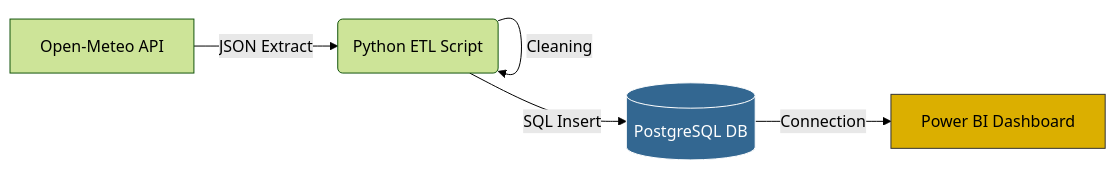
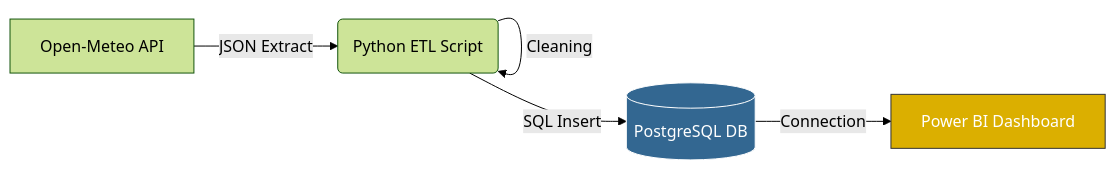
One commit to zarathmgd/Weather_Data_Pipeline changed the diagram in README.md. Above: the diagram before and after it, drawn with Mermaid (forest theme).

Commit message:
Update style attributes for Power BI Dashboard

````diff
--- a/README.md
+++ b/README.md
@@ -32,10 +32,10 @@
 ```mermaid
 graph LR
     A[Open-Meteo API] -->|JSON Extract| B(Python ETL Script)
     B -->|Cleaning| B
     B -->|SQL Insert| C[(PostgreSQL DB)]
     C -->|Connection| D[Power BI Dashboard]
     
     style C fill:#336791,stroke:#fff,color:#fff
-    style D fill:#DBAF00,stroke:#333
+    style D fill:#DBAF00,stroke:#333,color:#fff
 ```
````
